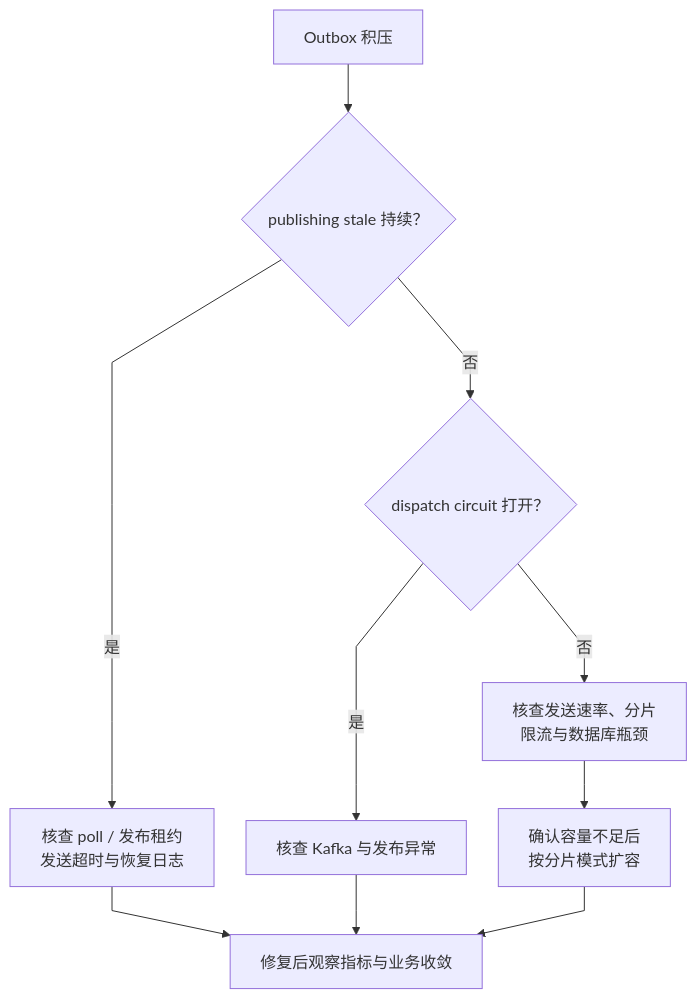
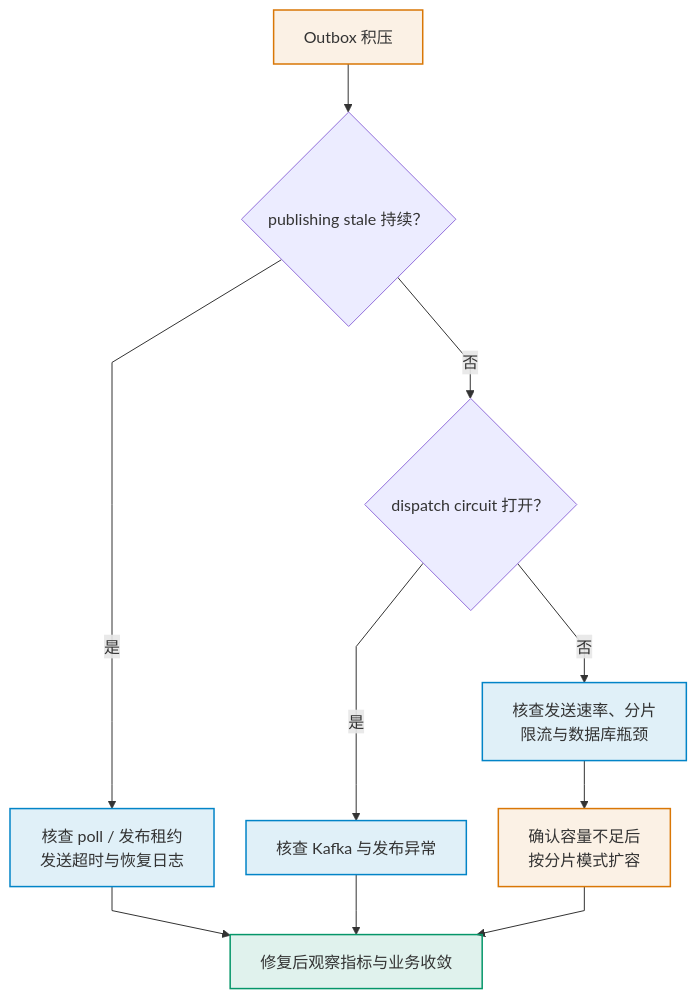
One commit to pinpols/file-batch-system changed the second of 5 diagrams in docs/runbook/troubleshooting-decision-tree.md. Above: the diagram before and after it, drawn with Mermaid. The commit also changed other lines of this file and 34 other files, not shown here.

First line of the commit message:
docs(diagram): 完成 P3 Mermaid 图样式收口并补充制图规范 (#1390)

````diff
--- a/docs/runbook/troubleshooting-decision-tree.md
+++ b/docs/runbook/troubleshooting-decision-tree.md
@@ -96,13 +96,17 @@
 ```mermaid
 %%{init: {"flowchart":{"curve":"linear","nodeSpacing":32,"rankSpacing":48},"sequence":{"mirrorActors":false}}}%%
 flowchart TB
-  BACKLOG["Outbox 积压"] --> STALE{"publishing stale 持续？"}
-  STALE -->|"是"| POLL["核查 poll / 发布租约<br/>发送超时与恢复日志"]
+  BACKLOG["Outbox 积压"]:::wait --> STALE{"publishing stale 持续？"}
+  STALE -->|"是"| POLL["核查 poll / 发布租约<br/>发送超时与恢复日志"]:::control
   STALE -->|"否"| CIRCUIT{"dispatch circuit 打开？"}
-  CIRCUIT -->|"是"| DEP["核查 Kafka 与发布异常"]
-  CIRCUIT -->|"否"| CAP["核查发送速率、分片<br/>限流与数据库瓶颈"]
-  POLL --> VERIFY["修复后观察指标与业务收敛"]
+  CIRCUIT -->|"是"| DEP["核查 Kafka 与发布异常"]:::control
+  CIRCUIT -->|"否"| CAP["核查发送速率、分片<br/>限流与数据库瓶颈"]:::control
+  POLL --> VERIFY["修复后观察指标与业务收敛"]:::ok
   DEP --> VERIFY
-  CAP --> SCALE["确认容量不足后<br/>按分片模式扩容"]
+  CAP --> SCALE["确认容量不足后<br/>按分片模式扩容"]:::wait
   SCALE --> VERIFY
+
+  classDef control fill:#0284c71f,stroke:#0284c7,stroke-width:1.5px
+  classDef ok fill:#0596691f,stroke:#059669,stroke-width:1.5px
+  classDef wait fill:#d977061a,stroke:#d97706,stroke-width:1.5px
 ```
````
